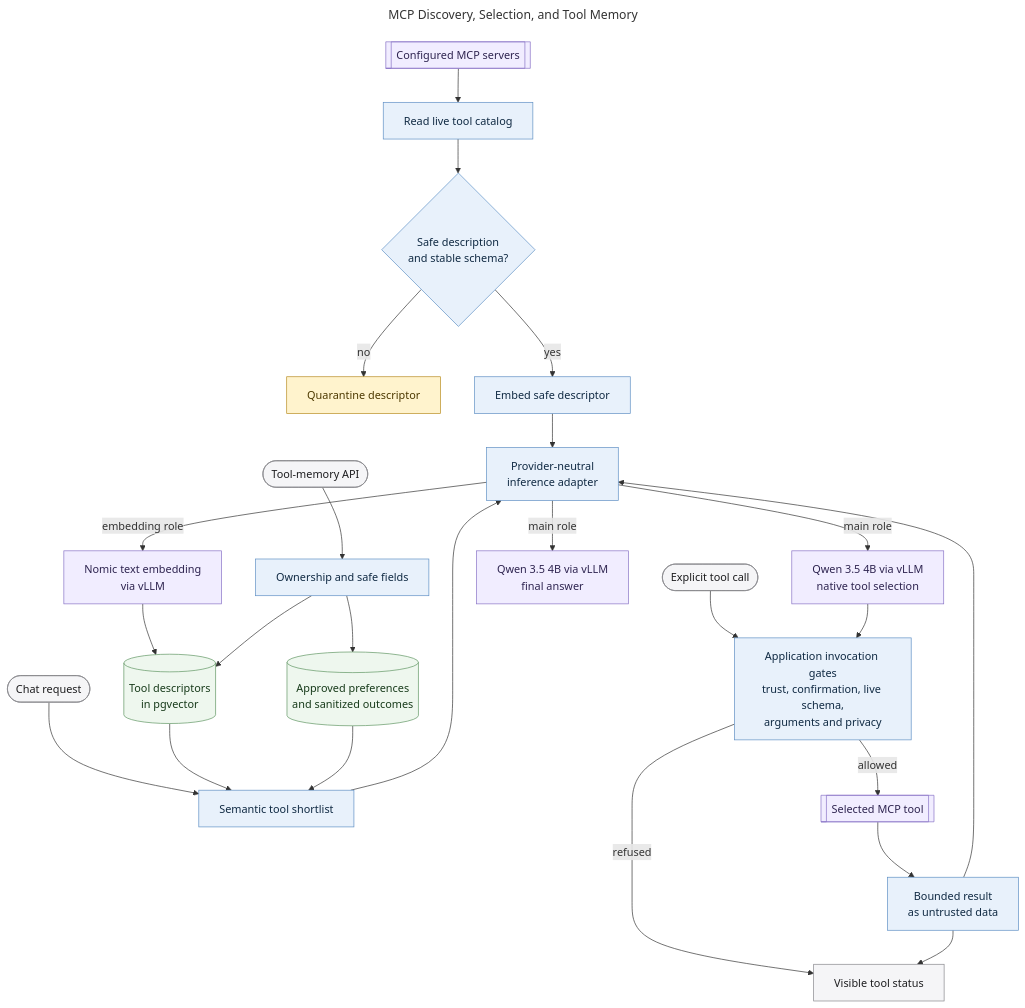
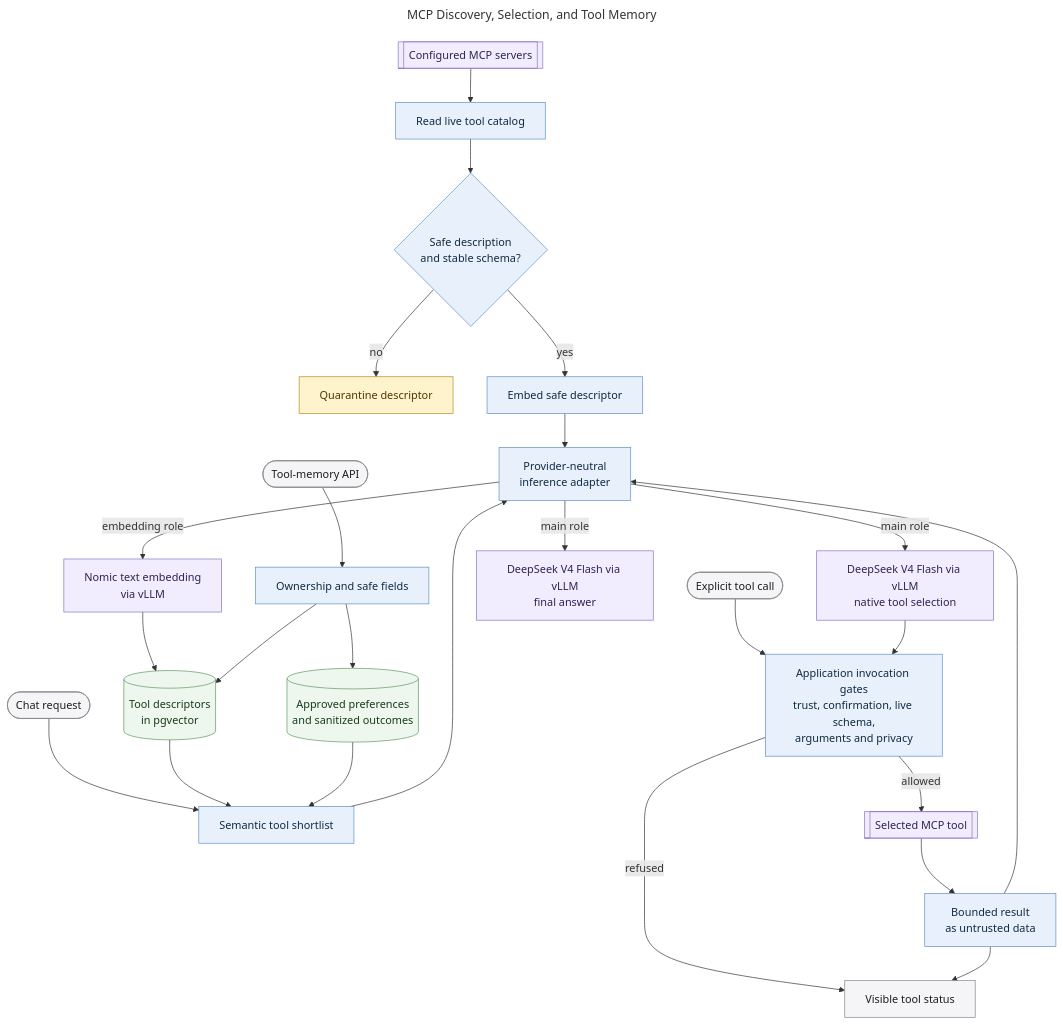
Before and after one commit to MallyaAni/PersonalAssistant: the diagram in docs/diagrams/tool-memory-subsystem.mmd, drawn with Mermaid. The commit also changed 34 other files, not shown here.

First line of the commit message:
Stop the diagrams advertising a model that was retired

```diff
--- a/docs/diagrams/tool-memory-subsystem.mmd
+++ b/docs/diagrams/tool-memory-subsystem.mmd
@@ -1,41 +1,41 @@
 ---
 title: MCP Discovery, Selection, and Tool Memory
 ---
 flowchart TB
     Servers[[Configured MCP servers]] --> Discover[Read live tool catalog]
     Discover --> Inspect{Safe description<br/>and stable schema?}
     Inspect -->|no| Quarantine[Quarantine descriptor]
     Inspect -->|yes| Index[Embed safe descriptor]
     Index --> Inference[Provider-neutral<br/>inference adapter]
     Inference -->|embedding role| Nomic[Nomic text embedding<br/>via vLLM]
     Nomic --> Store[(Tool descriptors<br/>in pgvector)]
 
     Chat([Chat request]) --> Shortlist[Semantic tool shortlist]
     Store --> Shortlist
     Preferences[(Approved preferences<br/>and sanitized outcomes)] --> Shortlist
     Shortlist --> Inference
-    Inference -->|main role| Select[Qwen 3.5 4B via vLLM<br/>native tool selection]
+    Inference -->|main role| Select[DeepSeek V4 Flash via vLLM<br/>native tool selection]
 
     Explicit([Explicit tool call]) --> Gates
     Select --> Gates[Application invocation gates<br/>trust, confirmation, live schema,<br/>arguments and privacy]
     Gates -->|allowed| Server[[Selected MCP tool]]
     Gates -->|refused| Status[Visible tool status]
     Server --> Result[Bounded result<br/>as untrusted data]
     Result --> Inference
-    Inference -->|main role| Answer[Qwen 3.5 4B via vLLM<br/>final answer]
+    Inference -->|main role| Answer[DeepSeek V4 Flash via vLLM<br/>final answer]
     Result --> Status
 
     MemoryAPI([Tool-memory API]) --> Validate[Ownership and safe fields]
     Validate --> Preferences
     Validate --> Store
 
     classDef interface fill:#f5f5f7,stroke:#86868b,color:#1d1d1f;
     classDef application fill:#e8f1fb,stroke:#5e8fc4,color:#102a43;
     classDef data fill:#eef7ee,stroke:#5f9562,color:#183b1b;
     classDef external fill:#f1edff,stroke:#8872c6,color:#2e2450;
     classDef warning fill:#fff3cd,stroke:#b78b20,color:#4d3900;
     class Chat,Explicit,MemoryAPI,Status interface;
     class Discover,Inspect,Index,Shortlist,Inference,Gates,Result,Validate application;
     class Store,Preferences data;
     class Servers,Server,Nomic,Select,Answer external;
     class Quarantine warning;
```
